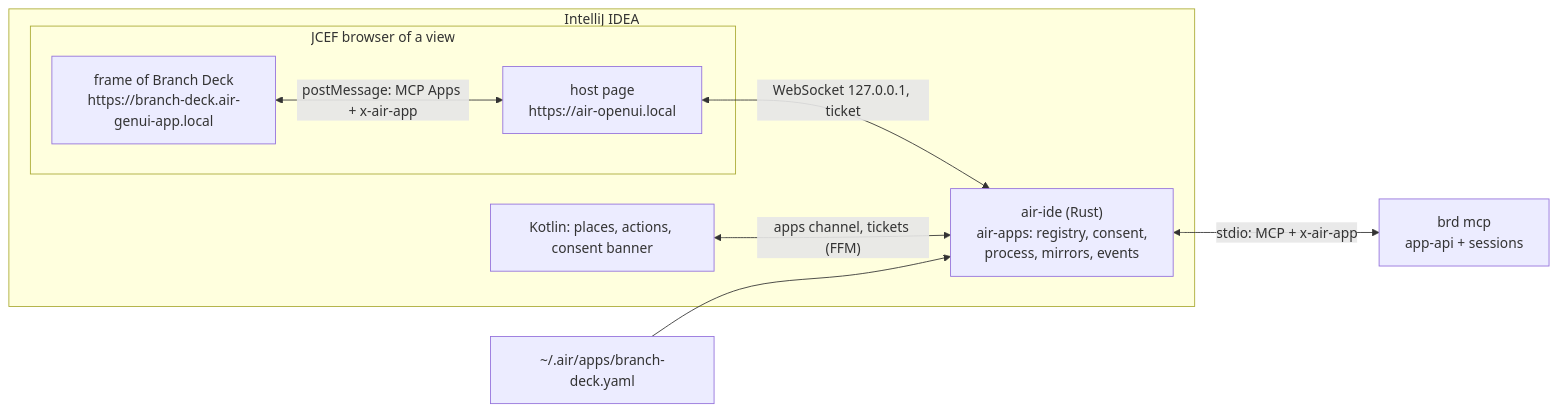
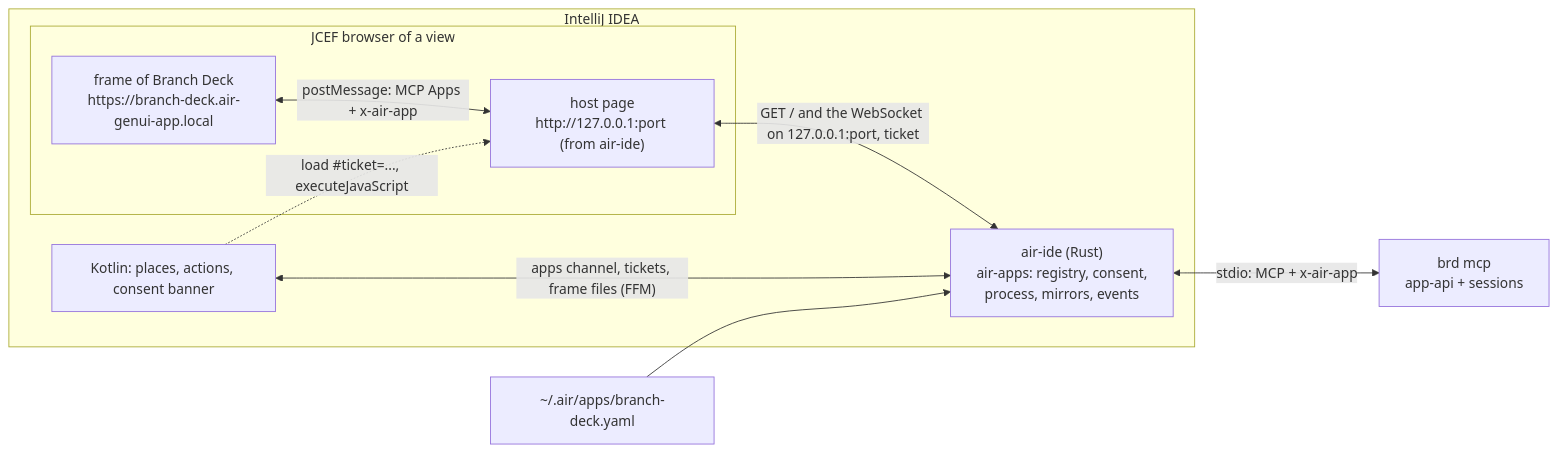
One commit to develar/branch-deck changed the first of 2 diagrams in docs/design/ide-embedding.md. Above: the diagram before and after it, drawn with Mermaid. The commit also changed other lines of this file and 17 other files, not shown here.

First line of the commit message:
feat(ide): the copy of the contract follows the page entry of air-ide on 127.0.0.1, and the app file shows Sync, the command palette and Settings in the title of the tool window

````diff
--- a/docs/design/ide-embedding.md
+++ b/docs/design/ide-embedding.md
@@ -34,18 +36,19 @@
 ```mermaid
 flowchart LR
     subgraph IDE["IntelliJ IDEA"]
         K["Kotlin: places, actions, consent banner"]
         subgraph JCEF["JCEF browser of a view"]
-            H["host page<br/>https://air-openui.local"]
+            H["host page<br/>http://127.0.0.1:port (from air-ide)"]
             F["frame of Branch Deck<br/>https://branch-deck.air-genui-app.local"]
         end
         A["air-ide (Rust)<br/>air-apps: registry, consent,<br/>process, mirrors, events"]
     end
     B["brd mcp<br/>app-api + sessions"]
     Y["~/.air/apps/branch-deck.yaml"]
     F <-- "postMessage: MCP Apps + x-air-app" --> H
-    H <-- "WebSocket 127.0.0.1, ticket" --> A
+    H <-- "GET / and the WebSocket on 127.0.0.1:port, ticket" --> A
     A <-- "stdio: MCP + x-air-app" --> B
-    K <-- "apps channel, tickets (FFM)" --> A
+    K <-- "apps channel, tickets, frame files (FFM)" --> A
+    K -. "load #ticket=..., executeJavaScript" .-> H
     Y --> A
 ```
````
